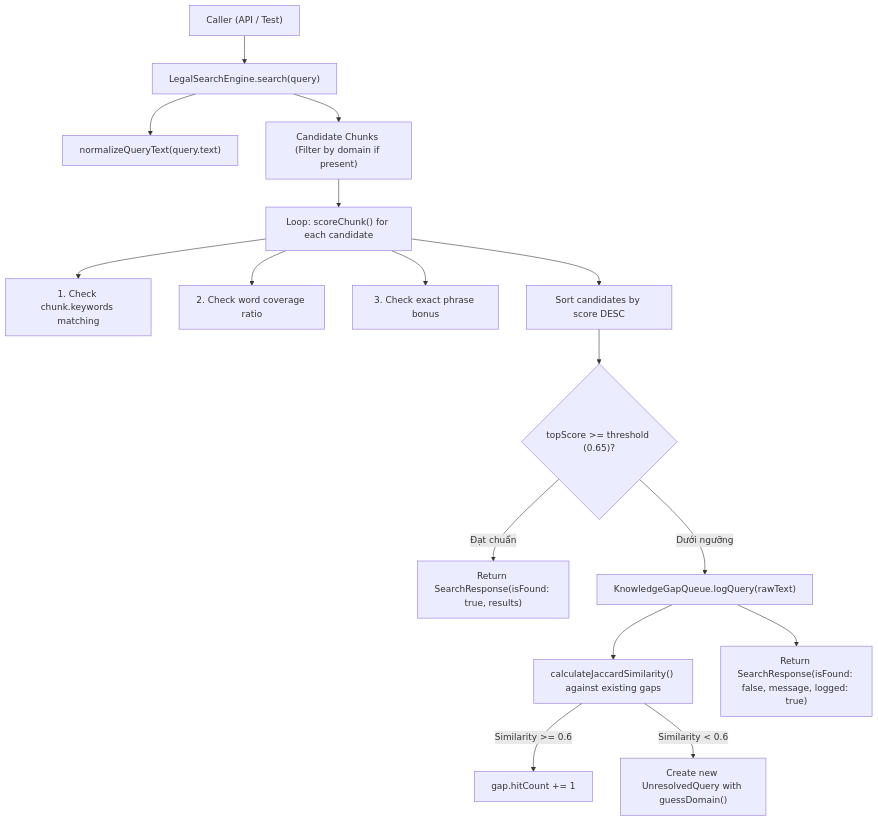
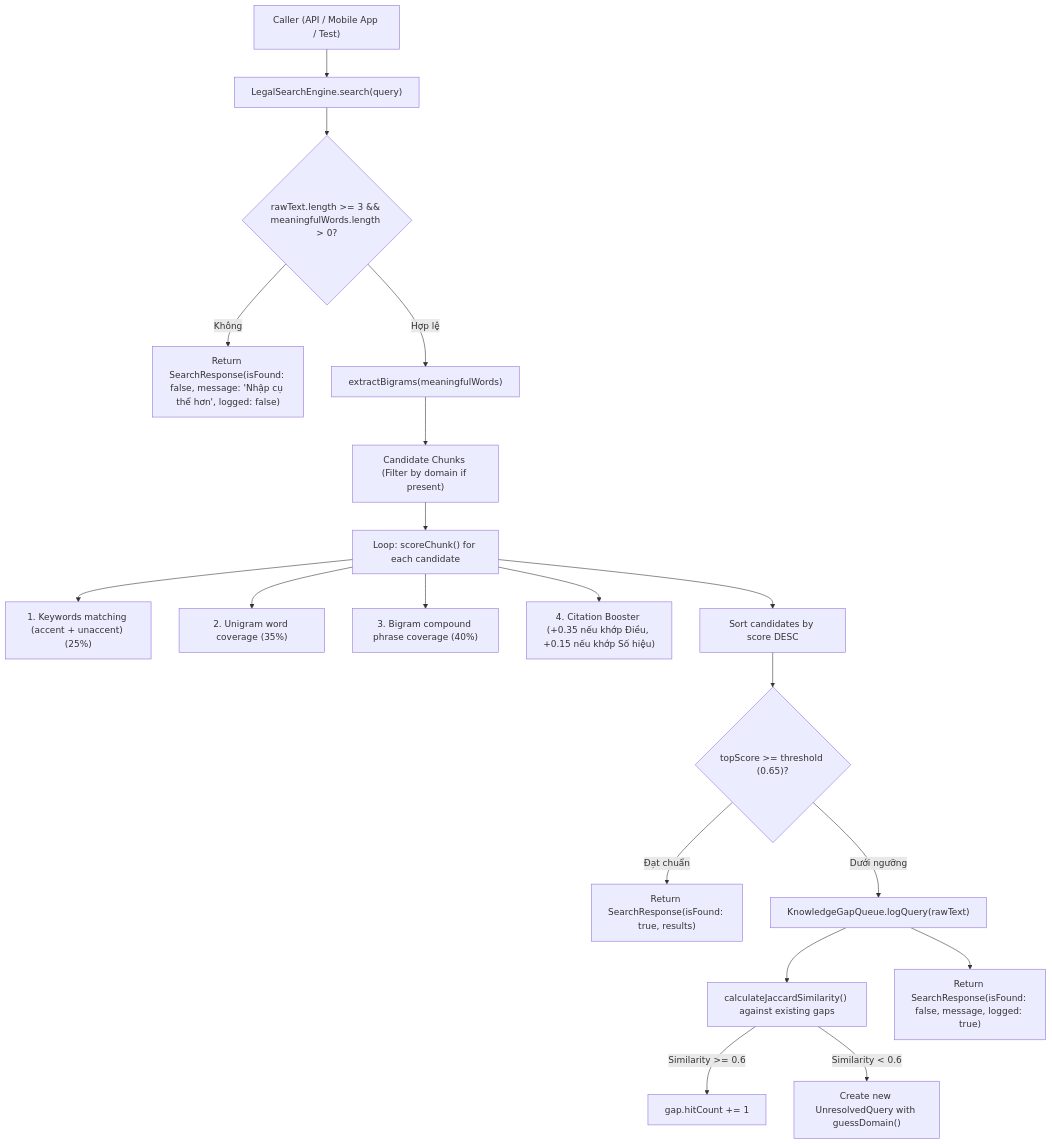
The second of 2 diagrams in specs/002-hybrid-search-fallback/plan.md (sanggit999/civiclaw-ai), drawn with Mermaid before and after one commit. The commit also changed other lines of this file and 6 other files, not shown here.

Commit message:
feat(search): upgrade specs/002 with unaccented search, compound n-grams, citation booster and admin queue management

````diff
--- a/specs/002-hybrid-search-fallback/plan.md
+++ b/specs/002-hybrid-search-fallback/plan.md
@@ -133,24 +150,28 @@
 ```mermaid
 flowchart TD
-    User["Caller (API / Test)"] --> Search["LegalSearchEngine.search(query)"]
+    User["Caller (API / Mobile App / Test)"] --> Search["LegalSearchEngine.search(query)"]
     
-    Search --> Norm["normalizeQueryText(query.text)"]
-    Search --> Filter["Candidate Chunks (Filter by domain if present)"]
+    Search --> Validate{"rawText.length >= 3 && meaningfulWords.length > 0?"}
+    Validate -- "Không" --> ReturnInvalid["Return SearchResponse(isFound: false, message: 'Nhập cụ thể hơn', logged: false)"]
+    
+    Validate -- "Hợp lệ" --> ExtractNgram["extractBigrams(meaningfulWords)"]
+    ExtractNgram --> Filter["Candidate Chunks (Filter by domain if present)"]
     
     Filter --> Loop["Loop: scoreChunk() for each candidate"]
-    Loop --> KwCheck["1. Check chunk.keywords matching"]
-    Loop --> WordCheck["2. Check word coverage ratio"]
-    Loop --> PhraseCheck["3. Check exact phrase bonus"]
+    Loop --> KwCheck["1. Keywords matching (accent + unaccent) (25%)"]
+    Loop --> UnigramCheck["2. Unigram word coverage (35%)"]
+    Loop --> BigramCheck["3. Bigram compound phrase coverage (40%)"]
+    Loop --> CiteCheck["4. Citation Booster (+0.35 nếu khớp Điều, +0.15 nếu khớp Số hiệu)"]
     
     Loop --> Sort["Sort candidates by score DESC"]
     Sort --> GuardCheck{"topScore >= threshold (0.65)?"}
     
     GuardCheck -- "Đạt chuẩn" --> ReturnSuccess["Return SearchResponse(isFound: true, results)"]
     
     GuardCheck -- "Dưới ngưỡng" --> TriggerLog["KnowledgeGapQueue.logQuery(rawText)"]
     TriggerLog --> Jaccard["calculateJaccardSimilarity() against existing gaps"]
     Jaccard -- "Similarity >= 0.6" --> Increment["gap.hitCount += 1"]
     Jaccard -- "Similarity < 0.6" --> NewGap["Create new UnresolvedQuery with guessDomain()"]
     
     TriggerLog --> ReturnFallback["Return SearchResponse(isFound: false, message, logged: true)"]
 ```
````
